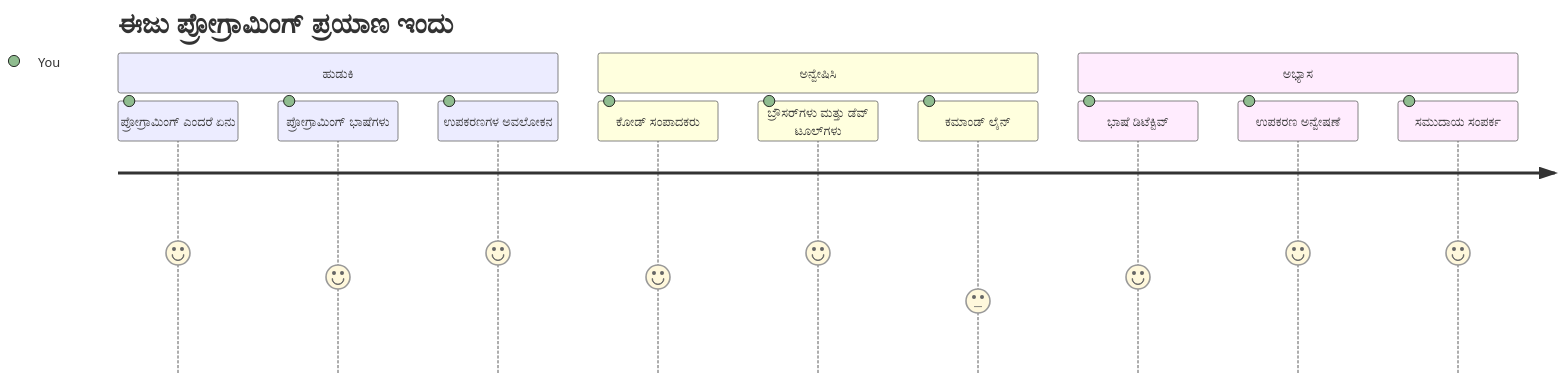
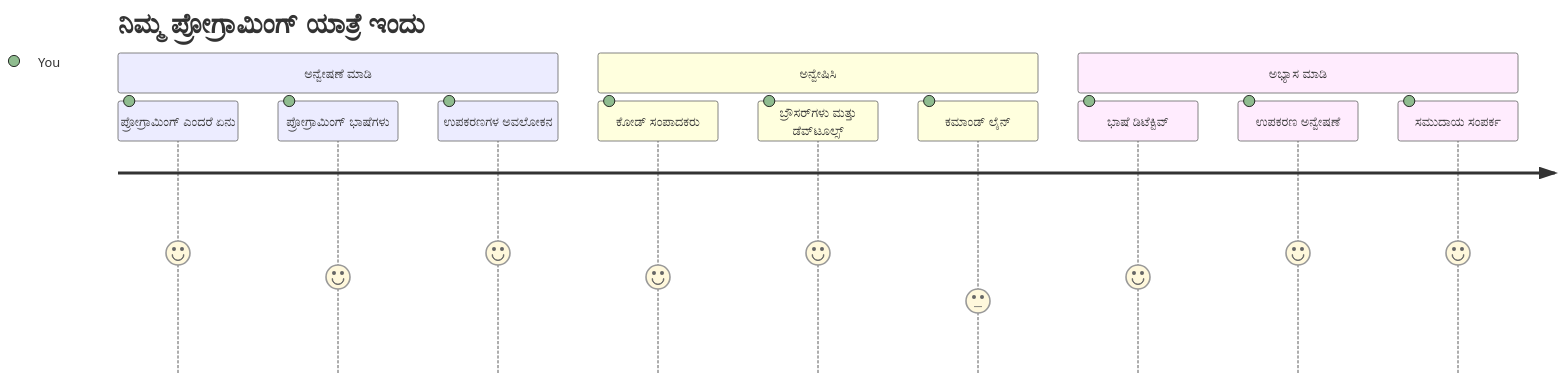
Before and after one commit to microsoft/Web-Dev-For-Beginners: the first of 7 diagrams in translations/kn/1-getting-started-lessons/1-intro-to-programming-languages/README.md, drawn with Mermaid. The commit also changed other lines of this file and 13 other files, not shown here.

````diff
--- a/translations/kn/1-getting-started-lessons/1-intro-to-programming-languages/README.md
+++ b/translations/kn/1-getting-started-lessons/1-intro-to-programming-languages/README.md
@@ -14,16 +14,16 @@
 ```mermaid
 journey
-    title ಈಜು ಪ್ರೋಗ್ರಾಮಿಂಗ್ ಪ್ರಯಾಣ ಇಂದು
-    section ಹುಡುಕಿ
+    title ನಿಮ್ಮ ಪ್ರೋಗ್ರಾಮಿಂಗ್ ಯಾತ್ರೆ ಇಂದು
+    section ಅನ್ವೇಷಣೆ ಮಾಡಿ
       ಪ್ರೋಗ್ರಾಮಿಂಗ್ ಎಂದರೆ ಏನು: 5: You
       ಪ್ರೋಗ್ರಾಮಿಂಗ್ ಭಾಷೆಗಳು: 4: You
       ಉಪಕರಣಗಳ ಅವಲೋಕನ: 5: You
     section ಅನ್ವೇಷಿಸಿ
       ಕೋಡ್ ಸಂಪಾದಕರು: 4: You
-      ಬ್ರೌಸರ್‌ಗಳು ಮತ್ತು ಡೆವ್ ಟೂಲ್‌ಗಳು: 5: You
+      ಬ್ರೌಸರ್‌ಗಳು ಮತ್ತು ಡೆವ್‌ಟೂಲ್ಸ್: 5: You
       ಕಮಾಂಡ್ ಲೈನ್: 3: You
-    section ಅಭ್ಯಾಸ
+    section ಅಭ್ಯಾಸ ಮಾಡಿ
       ಭಾಷೆ ಡಿಟೆಕ್ಟಿವ್: 4: You
       ಉಪಕರಣ ಅನ್ವೇಷಣೆ: 5: You
       ಸಮುದಾಯ ಸಂಪರ್ಕ: 5: You
 ```
````
